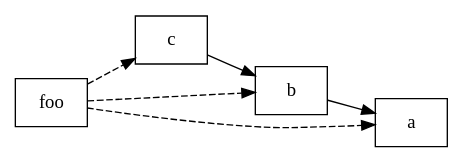
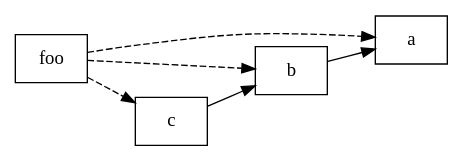
The diagram in src/sbt-test/spec/works/projects-graph.dot (dwijnand/sbt-project-graph), drawn with Graphviz before and after one commit. The commit also changed other lines of this file and 2 other files, not shown here.

```diff
--- a/src/sbt-test/spec/works/projects-graph.dot
+++ b/src/sbt-test/spec/works/projects-graph.dot
@@ -1,18 +1,18 @@
 digraph "projects-graph" {
     graph[rankdir="LR"]
     node [
         shape="record"
     ]
     edge [
         arrowtail="none"
     ]
+    "a"[label=<a>]
+    "b"[label=<b>]
+    "c"[label=<c>]
     "foo"[label=<foo>]
-    "c"[label=<c>]
-    "b"[label=<b>]
-    "a"[label=<a>]
+    "b" -> "a" [style=solid]
+    "c" -> "b" [style=solid]
     "foo" -> "a" [style=dashed]
-    "c" -> "b" [style=solid]
-    "b" -> "a" [style=solid]
+    "foo" -> "b" [style=dashed]
     "foo" -> "c" [style=dashed]
-    "foo" -> "b" [style=dashed]
 }
```
